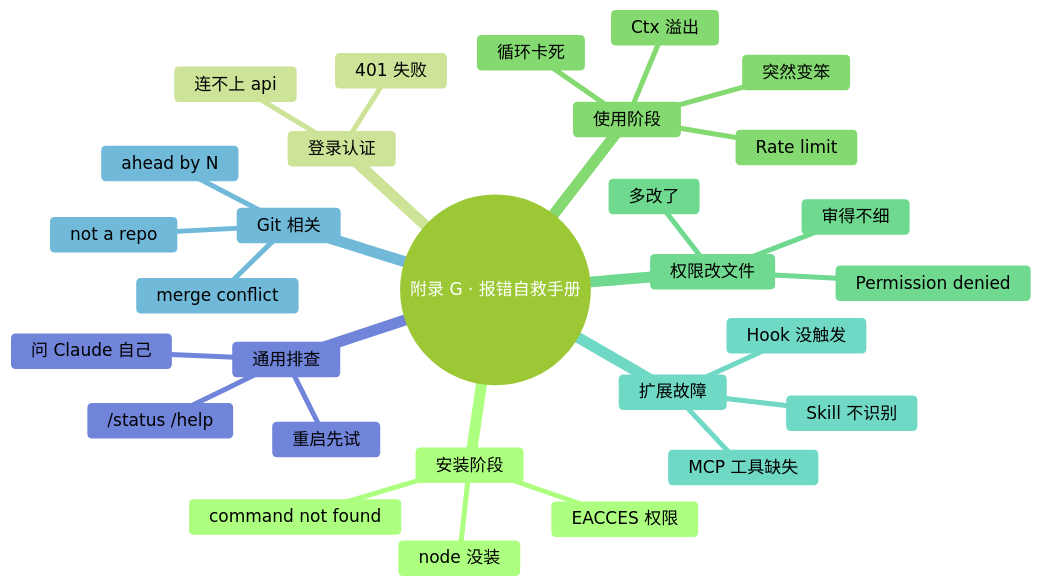
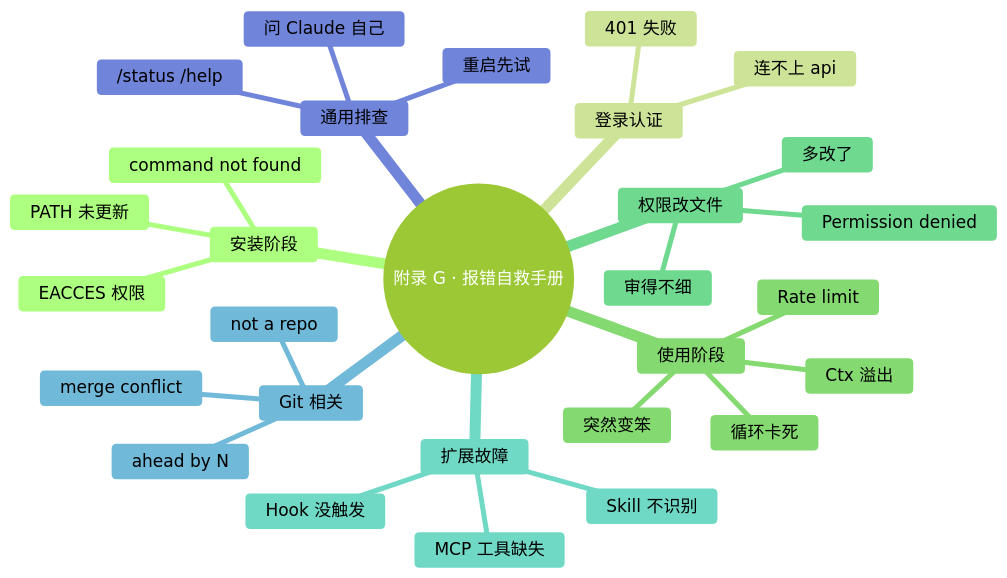
The diagram in manuscript/附录/G-报错自救手册.md (mali9527/claude-code-full-guide-for-beginners), drawn with Mermaid before and after one commit. The commit also changed other lines of this file and 130 other files, not shown here.

````diff
--- a/manuscript/附录/G-报错自救手册.md
+++ b/manuscript/附录/G-报错自救手册.md
@@ -8,41 +8,41 @@
 ```mermaid
 ---
 config:
   theme: forest
   themeVariables:
     fontFamily: "-apple-system, 'SF Pro Text', 'PingFang SC', 'Helvetica Neue', sans-serif"
     fontSize: "17px"
     lineColor: "#D9D9D9"
 ---
 mindmap
   root((附录 G · 报错自救手册))
     安装阶段
       command not found
       EACCES 权限
-      node 没装
+      PATH 未更新
     登录认证
       401 失败
       连不上 api
     使用阶段
       Ctx 溢出
       Rate limit
       突然变笨
       循环卡死
     权限改文件
       Permission denied
       多改了
       审得不细
     扩展故障
       Hook 没触发
       Skill 不识别
       MCP 工具缺失
     Git 相关
       not a repo
       ahead by N
       merge conflict
     通用排查
       重启先试
       /status /help
       问 Claude 自己
 
 ```
````
